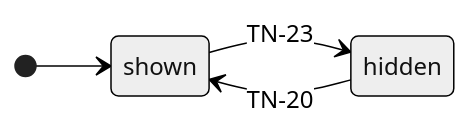
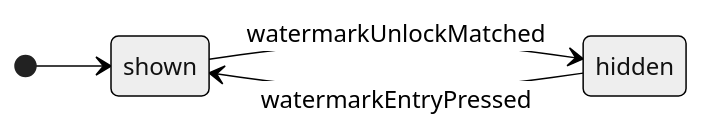
The sixth of 14 diagrams in docs/spec/_assets/tbl-state-machines.md (GoodRelax/gr-scheduler), drawn with Mermaid (neutral theme) before and after one commit. The commit also changed other lines of this file and 22 other files, not shown here.

````diff
--- a/docs/spec/_assets/tbl-state-machines.md
+++ b/docs/spec/_assets/tbl-state-machines.md
@@ -239,9 +220,9 @@
 ```mermaid
 stateDiagram-v2
     direction LR
-    [*] --> screen_watermark_shown
-    screen_watermark_shown : shown
-    screen_watermark_hidden : hidden
-    screen_watermark_hidden --> screen_watermark_shown : TN-20
-    screen_watermark_shown --> screen_watermark_hidden : TN-23
+    [*] --> watermarkDisplayStateMachine_shown
+    watermarkDisplayStateMachine_shown : shown
+    watermarkDisplayStateMachine_hidden : hidden
+    watermarkDisplayStateMachine_hidden --> watermarkDisplayStateMachine_shown : watermarkEntryPressed
+    watermarkDisplayStateMachine_shown --> watermarkDisplayStateMachine_hidden : watermarkUnlockMatched
 ```
````
